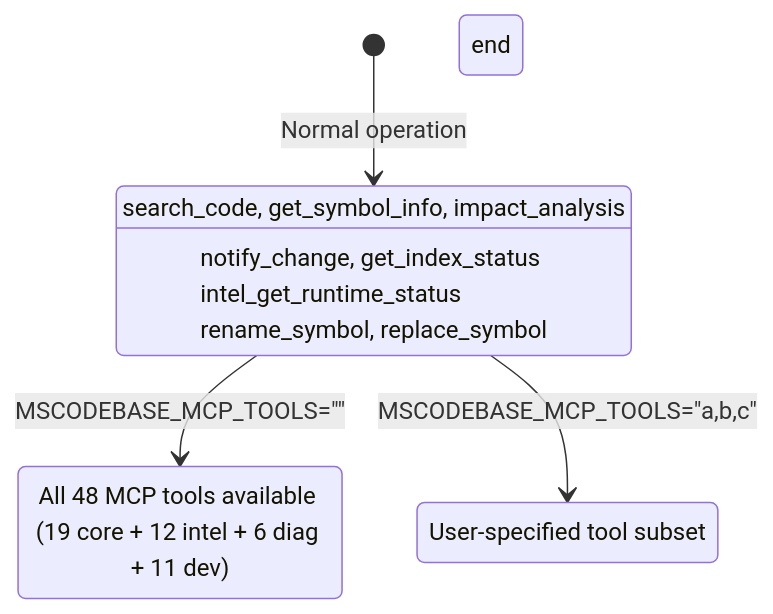
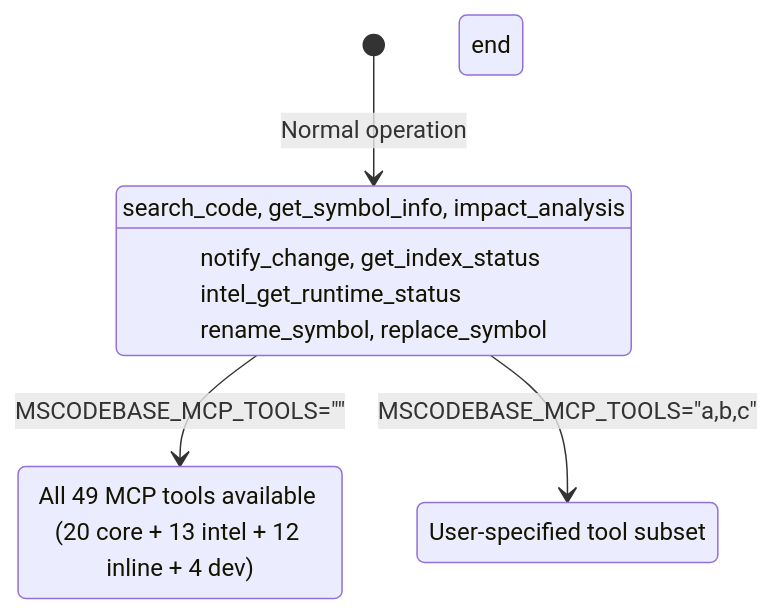
Before and after one commit to ManSio/mscodebase-intelligence: the third of 4 diagrams in docs/en/GRACEFUL_DEGRADATION.md, drawn with Mermaid. The commit also changed 40 other files, not shown here.

Commit message:
docs: sync tool/edge/test counters to runtime truth (49 = 20 core + 13 intel + 12 inline + 4 dev; 29 edge types; 853 tests) across en|ru|zh; diary + experiments log (A/B protocol-compression); add T1/T3/T4 artifacts (bench, patches)

````diff
--- a/docs/en/GRACEFUL_DEGRADATION.md
+++ b/docs/en/GRACEFUL_DEGRADATION.md
@@ -84,22 +84,22 @@
 ```mermaid
 stateDiagram-v2
     [*] --> DEFAULT_TOOLS: Normal operation
 
     state DEFAULT_TOOLS[Visible: 12 tools]
         DEFAULT_TOOLS: search_code, get_symbol_info, impact_analysis
         DEFAULT_TOOLS: notify_change, get_index_status
         DEFAULT_TOOLS: intel_get_runtime_status
         DEFAULT_TOOLS: rename_symbol, replace_symbol
     end
 
     DEFAULT_TOOLS --> ALL_TOOLS: MSCODEBASE_MCP_TOOLS=""
     DEFAULT_TOOLS --> CUSTOM_TOOLS: MSCODEBASE_MCP_TOOLS="a,b,c"
 
-    state ALL_TOOLS[Visible: 48 tools]
-        ALL_TOOLS: All 48 MCP tools available (19 core + 12 intel + 6 diag + 11 dev)
+    state ALL_TOOLS[Visible: 49 tools]
+        ALL_TOOLS: All 49 MCP tools available (20 core + 13 intel + 12 inline + 4 dev)
     end
 
     state CUSTOM_TOOLS[Custom selection]
         CUSTOM_TOOLS: User-specified tool subset
     end
 ```
````
